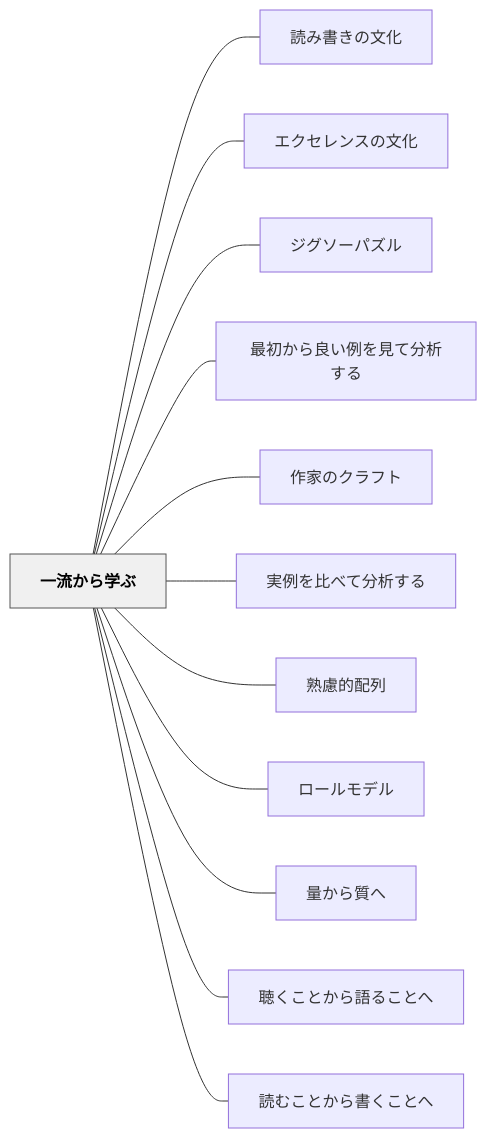
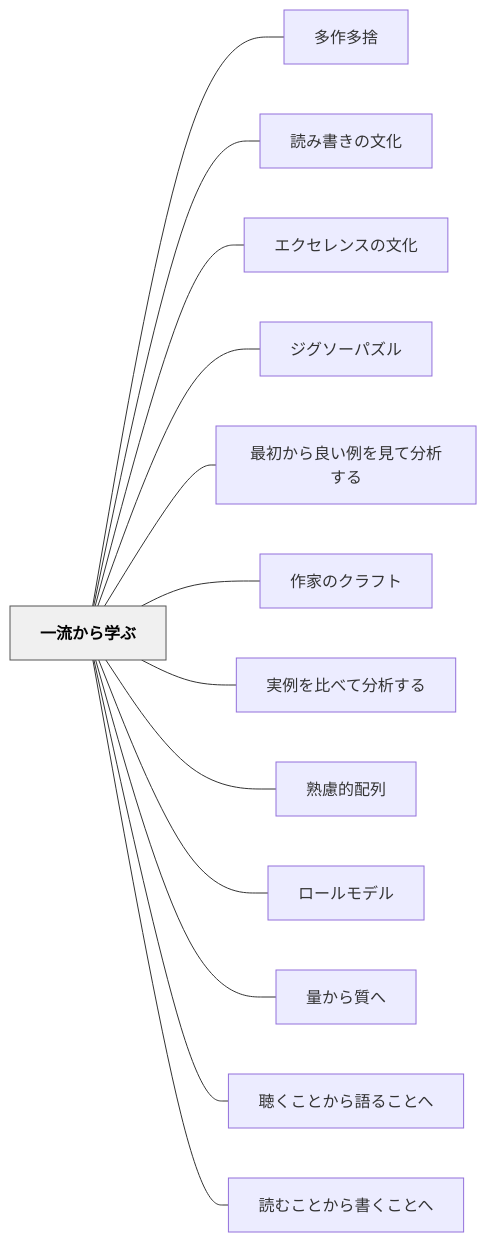
The diagram in content/パタン/一流から学ぶ.md (unknownthings-ed-patterns/unknownthings-ed-patterns), drawn with Mermaid before and after one commit. The commit also changed other lines of this file and 185 other files, not shown here.

````diff
--- a/content/パタン/一流から学ぶ.md
+++ b/content/パタン/一流から学ぶ.md
@@ -78,30 +78,32 @@
 ```mermaid
 flowchart LR
     ne4b880e6b581e3818be38289e5ada6e381b6["一流から学ぶ"]
+    ne5a49ae4bd9ce5a49ae68da8["多作多捨"]
     ne8aaade381bfe69bb8e3818de381aee69687e58c96["読み書きの文化"]
     ne382a8e382afe382bbe383ace383b3e382b9e381aee69687e58c96["エクセレンスの文化"]
     ne382b8e382b0e382bde383bce38391e382bae383ab["ジグソーパズル"]
     ne69c80e5889de3818be38289e889afe38184e4be8be38292e8a68be381a6e58886e69e90e38199e3828b["最初から良い例を見て分析する"]
     ne4bd9ce5aeb6e381aee382afe383a9e38395e38388["作家のクラフト"]
     ne5ae9fe4be8be38292e6af94e381b9e381a6e58886e69e90e38199e3828b["実例を比べて分析する"]
     ne7869fe685aee79a84e9858de58897["熟慮的配列"]
     ne383ade383bce383abe383a2e38387e383ab["ロールモデル"]
     ne9878fe3818be38289e8b3aae381b8["量から質へ"]
     ne881b4e3818fe38193e381a8e3818be38289e8aa9ee3828be38193e381a8e381b8["聴くことから語ることへ"]
     ne8aaade38280e38193e381a8e3818be38289e69bb8e3818fe38193e381a8e381b8["読むことから書くことへ"]
 
+    ne4b880e6b581e3818be38289e5ada6e381b6 --- ne5a49ae4bd9ce5a49ae68da8
     ne4b880e6b581e3818be38289e5ada6e381b6 --- ne8aaade381bfe69bb8e3818de381aee69687e58c96
     ne4b880e6b581e3818be38289e5ada6e381b6 --- ne382a8e382afe382bbe383ace383b3e382b9e381aee69687e58c96
     ne4b880e6b581e3818be38289e5ada6e381b6 --- ne382b8e382b0e382bde383bce38391e382bae383ab
     ne4b880e6b581e3818be38289e5ada6e381b6 --- ne69c80e5889de3818be38289e889afe38184e4be8be38292e8a68be381a6e58886e69e90e38199e3828b
     ne4b880e6b581e3818be38289e5ada6e381b6 --- ne4bd9ce5aeb6e381aee382afe383a9e38395e38388
     ne4b880e6b581e3818be38289e5ada6e381b6 --- ne5ae9fe4be8be38292e6af94e381b9e381a6e58886e69e90e38199e3828b
     ne4b880e6b581e3818be38289e5ada6e381b6 --- ne7869fe685aee79a84e9858de58897
     ne4b880e6b581e3818be38289e5ada6e381b6 --- ne383ade383bce383abe383a2e38387e383ab
     ne4b880e6b581e3818be38289e5ada6e381b6 --- ne9878fe3818be38289e8b3aae381b8
     ne4b880e6b581e3818be38289e5ada6e381b6 --- ne881b4e3818fe38193e381a8e3818be38289e8aa9ee3828be38193e381a8e381b8
     ne4b880e6b581e3818be38289e5ada6e381b6 --- ne8aaade38280e38193e381a8e3818be38289e69bb8e3818fe38193e381a8e381b8
 
     classDef hub fill:#f0f0f0,stroke:#555,color:#000,font-weight:bold
     class ne4b880e6b581e3818be38289e5ada6e381b6 hub
 ```
````
